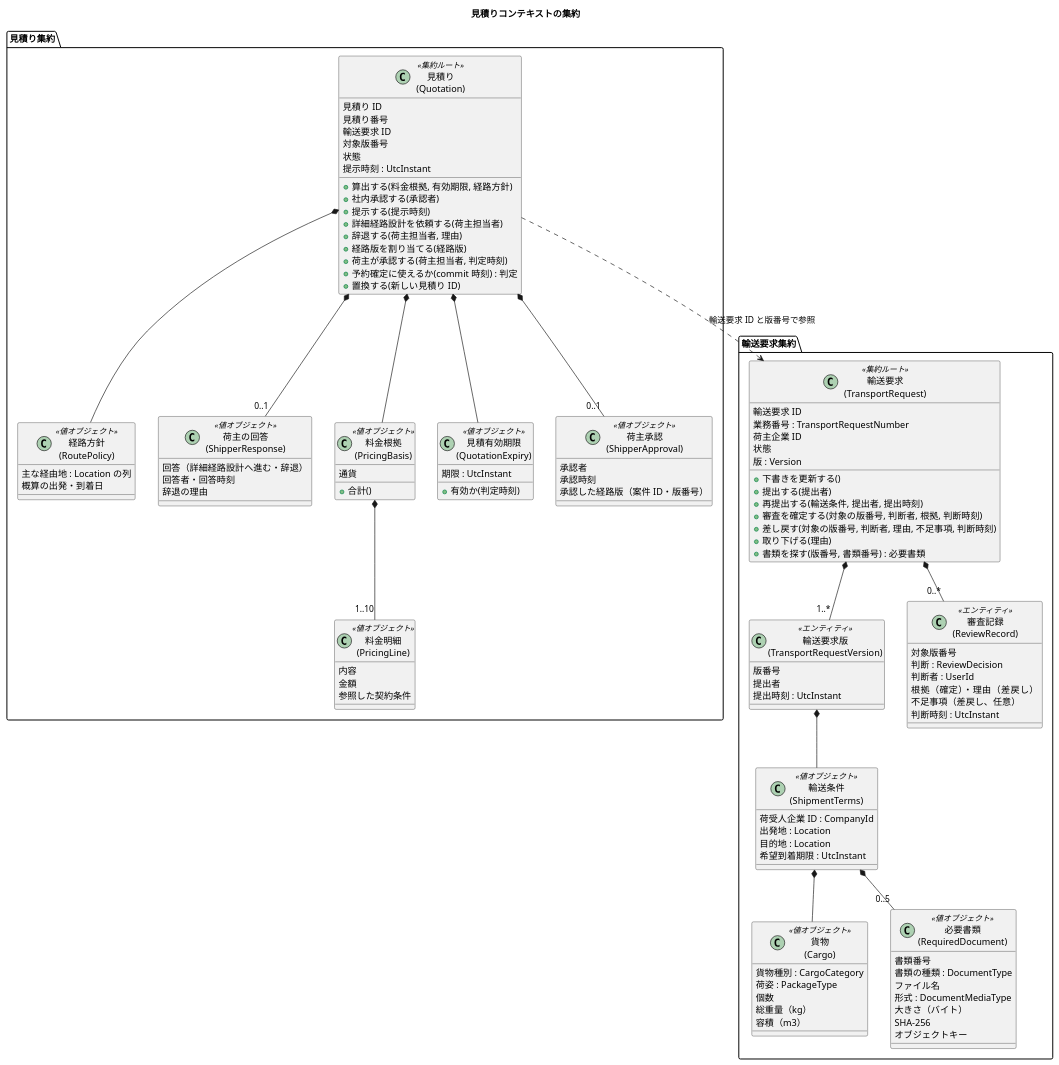
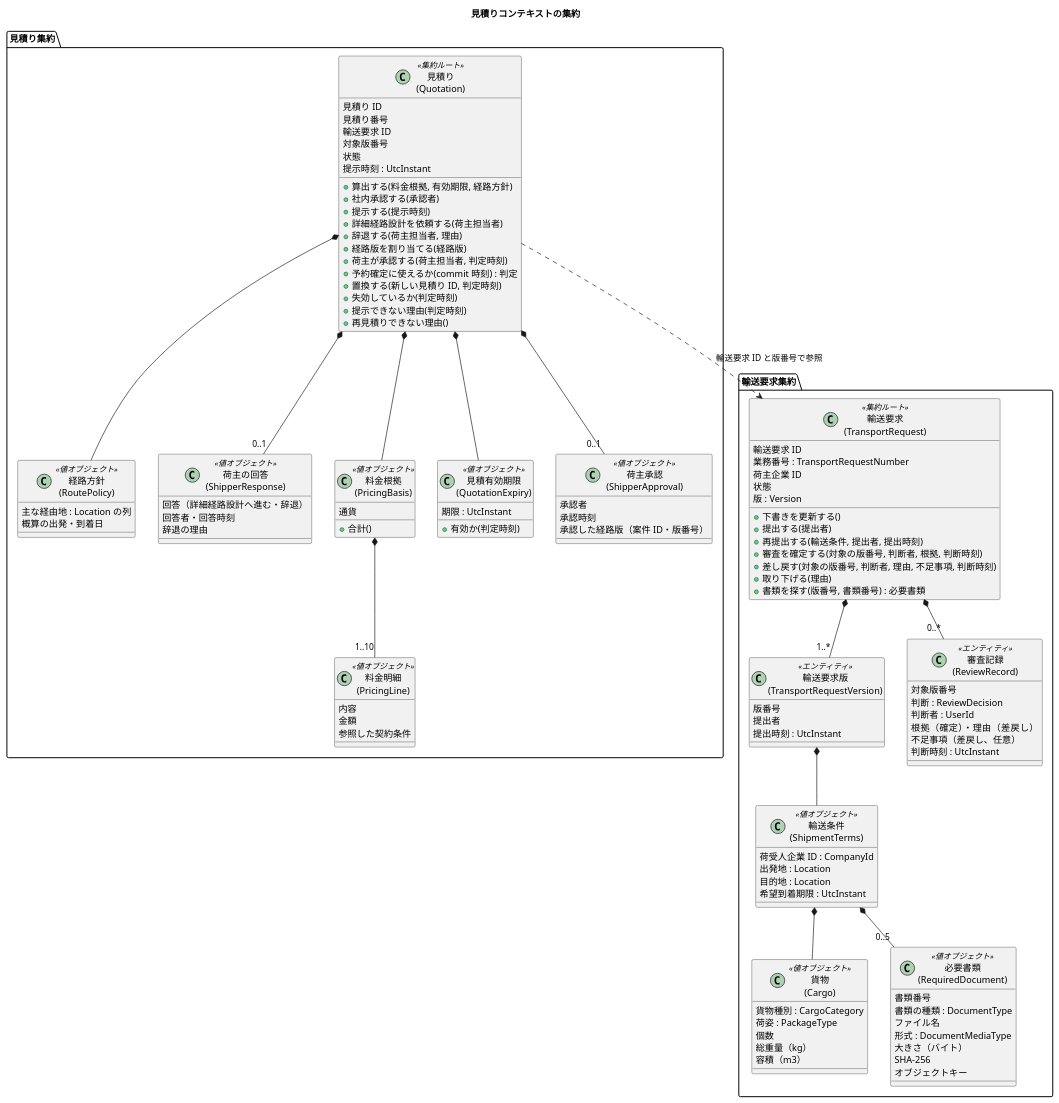
One commit to k2works/practical-domain-driven-design-in-enterpris-application changed the third of 15 diagrams in docs/design/cargo-tracker/domain_model.md. Above: the diagram before and after it, drawn with PlantUML. The commit also changed other lines of this file and 7 other files, not shown here.

```diff
--- a/docs/design/cargo-tracker/domain_model.md
+++ b/docs/design/cargo-tracker/domain_model.md
@@ -293,7 +293,10 @@
     + 経路版を割り当てる(経路版)
     + 荷主が承認する(荷主担当者, 判定時刻)
     + 予約確定に使えるか(commit 時刻) : 判定
-    + 置換する(新しい見積り ID)
+    + 置換する(新しい見積り ID, 判定時刻)
+    + 失効しているか(判定時刻)
+    + 提示できない理由(判定時刻)
+    + 再見積りできない理由()
   }
   class "経路方針\n(RoutePolicy)" as RP <<値オブジェクト>> {
     主な経由地 : Location の列
```
